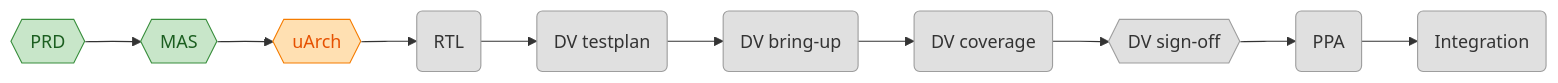
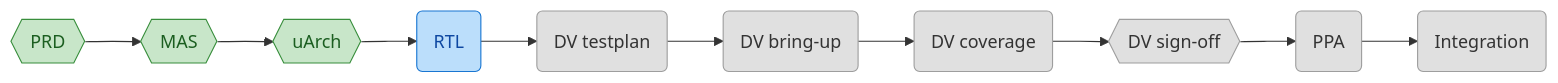
Before and after one commit to matanco64/HWSW_Project: the second of 3 diagrams in hw/PROGRESS.md, drawn with Mermaid. The commit also changed other lines of this file and 1 other file, not shown here.

Commit message:
hw: huffman_engine uArch APPROVED (checkpoint); rtl in progress

````diff
--- a/hw/PROGRESS.md
+++ b/hw/PROGRESS.md
@@ -34,22 +34,22 @@
 ```mermaid
 flowchart LR
     prd{{PRD}}
     mas{{MAS}}
     uarch{{uArch}}
     rtl(RTL)
     dv_testplan(DV testplan)
     dv_bringup(DV bring-up)
     dv_coverage(DV coverage)
     dv_signoff{{DV sign-off}}
     ppa(PPA)
     integration(Integration)
     prd --> mas --> uarch --> rtl --> dv_testplan --> dv_bringup --> dv_coverage --> dv_signoff --> ppa --> integration
     classDef todo fill:#e0e0e0,stroke:#9e9e9e,color:#333
     classDef in_progress fill:#bbdefb,stroke:#1976d2,color:#0d47a1
     classDef review fill:#ffe0b2,stroke:#f57c00,color:#e65100
     classDef done fill:#c8e6c9,stroke:#388e3c,color:#1b5e20
     classDef blocked fill:#ffcdd2,stroke:#d32f2f,color:#b71c1c
-    class rtl,dv_testplan,dv_bringup,dv_coverage,dv_signoff,ppa,integration todo
-    class uarch review
-    class prd,mas done
+    class dv_testplan,dv_bringup,dv_coverage,dv_signoff,ppa,integration todo
+    class rtl in_progress
+    class prd,mas,uarch done
 ```
````
